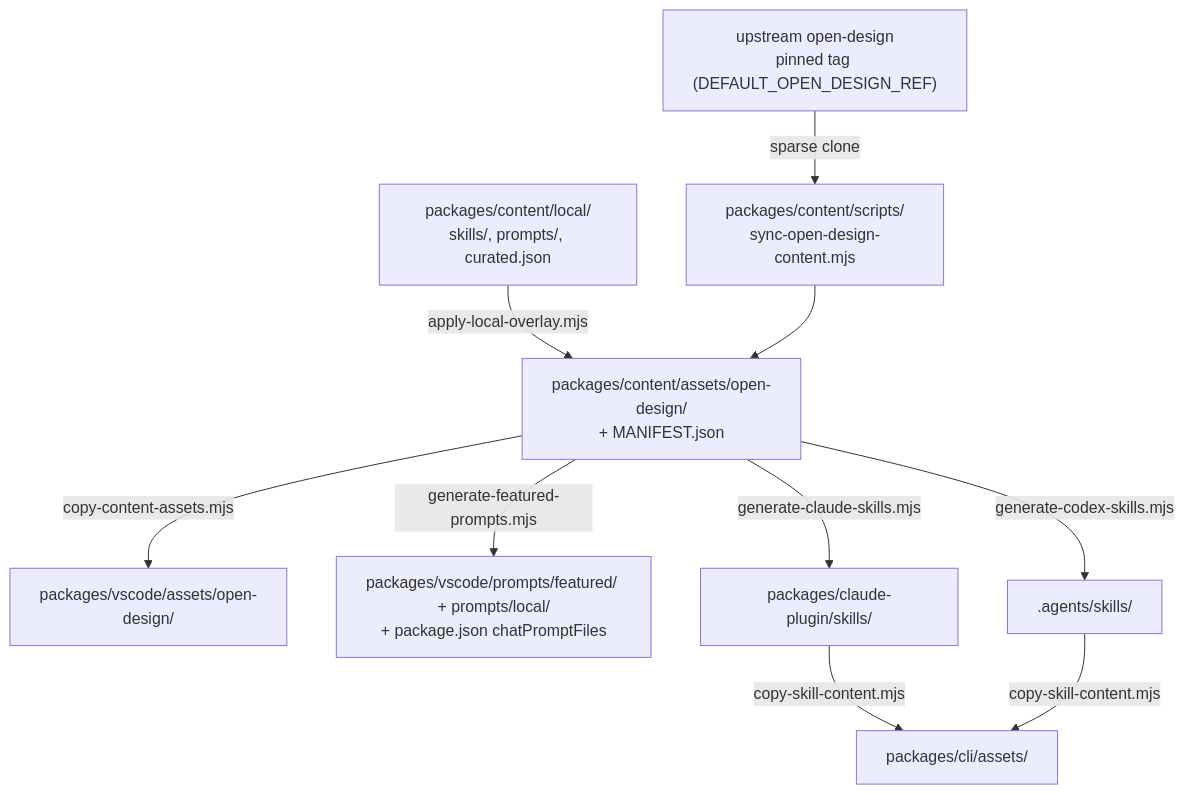
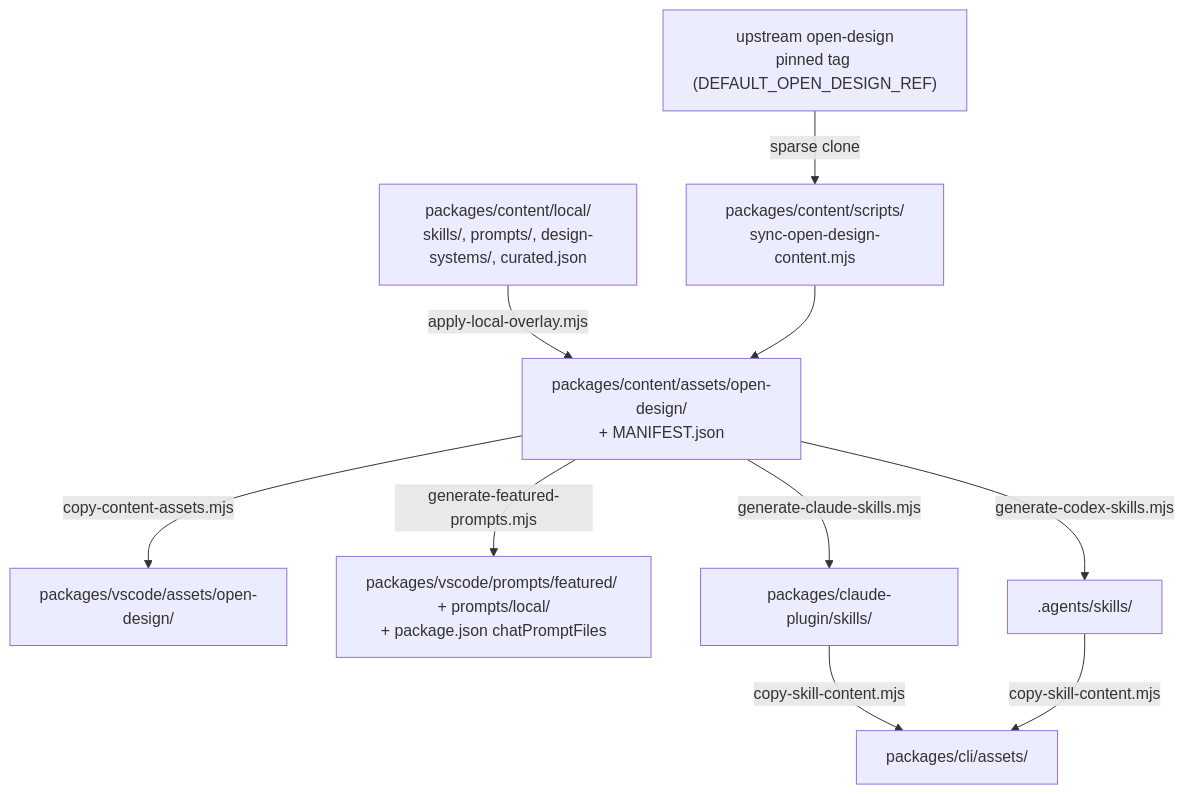
One commit to feimacode/open-design-agent-kit changed the diagram in docs/contributing/content-sync.md. Above: the diagram before and after it, drawn with Mermaid. The commit also changed other lines of this file and 378 other files, not shown here.

First line of the commit message:
feat: add Design Systems Tree Provider and Preview functionality

````diff
--- a/docs/contributing/content-sync.md
+++ b/docs/contributing/content-sync.md
@@ -7,12 +7,12 @@
 ```mermaid
 flowchart TD
   up["upstream open-design<br/>pinned tag (DEFAULT_OPEN_DESIGN_REF)"] -->|"sparse clone"| sync["packages/content/scripts/<br/>sync-open-design-content.mjs"]
-  local["packages/content/local/<br/>skills/, prompts/, curated.json"] -->|"apply-local-overlay.mjs"| assets
+  local["packages/content/local/<br/>skills/, prompts/, design-systems/, curated.json"] -->|"apply-local-overlay.mjs"| assets
   sync --> assets["packages/content/assets/open-design/<br/>+ MANIFEST.json"]
   assets -->|"copy-content-assets.mjs"| vsassets["packages/vscode/assets/open-design/"]
   assets -->|"generate-featured-prompts.mjs"| vsprompts["packages/vscode/prompts/featured/ + prompts/local/<br/>+ package.json chatPromptFiles"]
   assets -->|"generate-claude-skills.mjs"| cskills["packages/claude-plugin/skills/"]
   assets -->|"generate-codex-skills.mjs"| xskills[".agents/skills/"]
   cskills -->|"copy-skill-content.mjs"| cliassets["packages/cli/assets/"]
   xskills -->|"copy-skill-content.mjs"| cliassets
 ```
````
